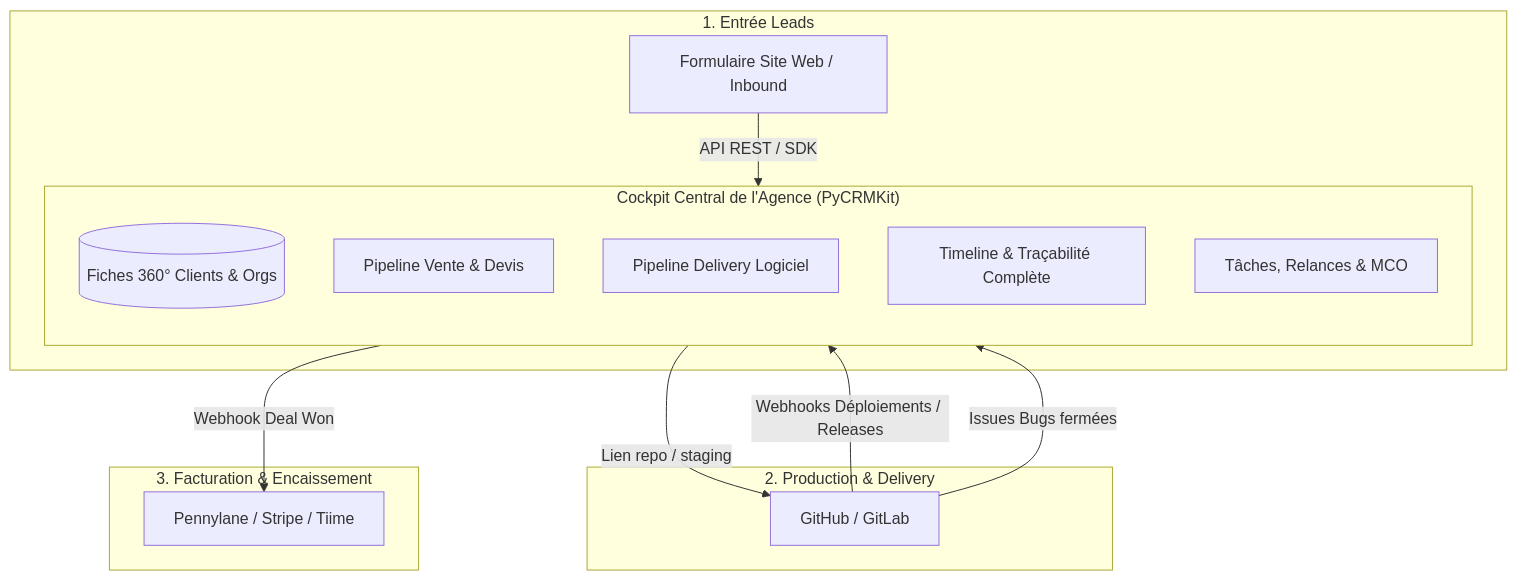
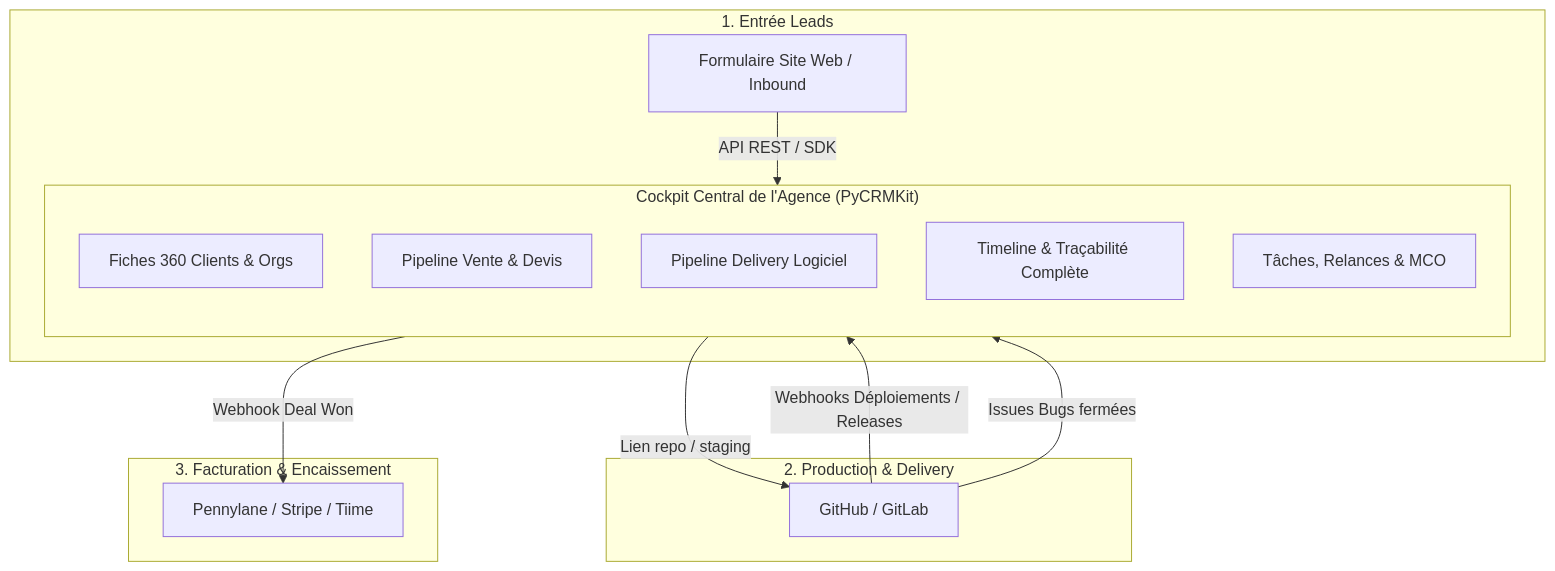
One commit to tawounfouet/pycrmkit changed the second of 2 diagrams in docs/analysis/web-agency-client-lifecycle.md. Above: the diagram before and after it, drawn with Mermaid. The commit also changed other lines of this file and 33 other files, not shown here.

Commit message:
fix(docs): standardize relative markdown links, fix mermaid syntax and add ascii schemas

````diff
--- a/docs/analysis/web-agency-client-lifecycle.md
+++ b/docs/analysis/web-agency-client-lifecycle.md
@@ -245,25 +245,25 @@
 ```mermaid
 flowchart TD
     subgraph Core ["Cockpit Central de l'Agence (PyCRMKit)"]
         direction TB
-        DB[(Fiches 360° Clients & Orgs)]
-        P_Sales[Pipeline Vente & Devis]
-        P_Deliv[Pipeline Delivery Logiciel]
-        Hist[Timeline & Traçabilité Complète]
-        Tasks[Tâches, Relances & MCO]
+        DB["Fiches 360 Clients & Orgs"]
+        P_Sales["Pipeline Vente & Devis"]
+        P_Deliv["Pipeline Delivery Logiciel"]
+        Hist["Timeline & Traçabilité Complète"]
+        Tasks["Tâches, Relances & MCO"]
     end
 
     subgraph AvantVente ["1. Entrée Leads"]
-        Site[Formulaire Site Web / Inbound] -->|API REST / SDK| Core
+        Site["Formulaire Site Web / Inbound"] -->|"API REST / SDK"| Core
     end
 
     subgraph DevOps ["2. Production & Delivery"]
-        Core -->|Lien repo / staging| GH[GitHub / GitLab]
-        GH -->|Webhooks Déploiements / Releases| Hist
-        GH -->|Issues Bugs fermées| Hist
+        Core -->|"Lien repo / staging"| GH["GitHub / GitLab"]
+        GH -->|"Webhooks Déploiements / Releases"| Hist
+        GH -->|"Issues Bugs fermées"| Hist
     end
 
     subgraph Finance ["3. Facturation & Encaissement"]
-        P_Sales -->|Webhook Deal Won| Bill[Pennylane / Stripe / Tiime]
+        P_Sales -->|"Webhook Deal Won"| Bill["Pennylane / Stripe / Tiime"]
     end
 ```
````
